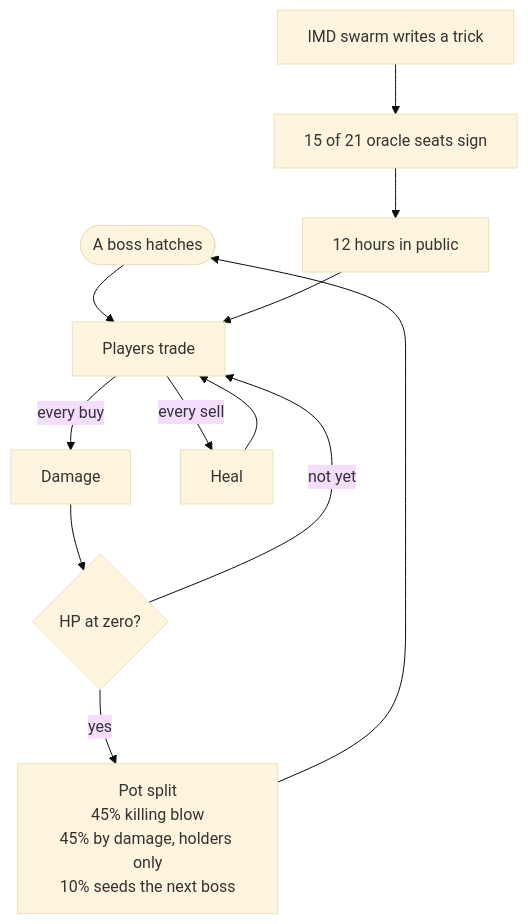
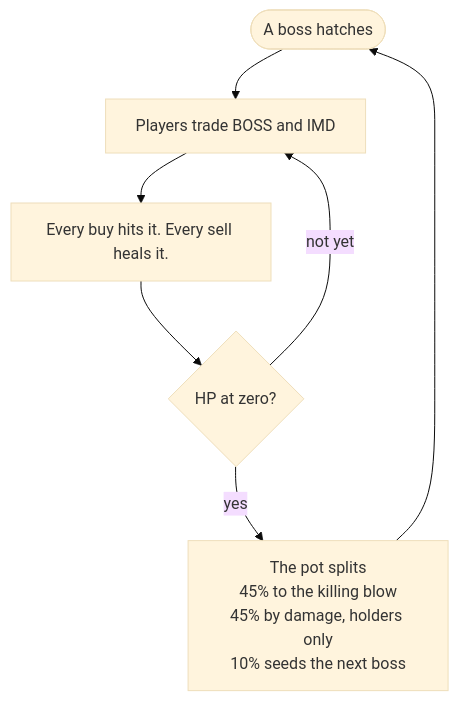
One commit to HitTheBossApp/boss changed the first of 3 diagrams in README.md. Above: the diagram before and after it, drawn with Mermaid (base theme). The commit also changed other lines of this file, not shown here.

Commit message:
README: simpler life-of-a-boss diagram in one column; the trick flow stays in its own diagram

````diff
--- a/README.md
+++ b/README.md
@@ -73,14 +73,9 @@
 ```mermaid
 flowchart TD
-    H([A boss hatches]) --> F[Players trade]
-    F -->|every buy| D[Damage]
-    F -->|every sell| L[Heal]
-    L --> F
-    D --> Q{HP at zero?}
-    Q -- not yet --> F
-    Q -- yes --> K[Pot split<br/>45% killing blow<br/>45% by damage, holders only<br/>10% seeds the next boss]
-    K --> H
-    S[IMD swarm writes a trick] --> O[15 of 21 oracle seats sign]
-    O --> W[12 hours in public]
-    W --> F
+    A([A boss hatches]) --> B[Players trade BOSS and IMD]
+    B --> C[Every buy hits it. Every sell heals it.]
+    C --> D{HP at zero?}
+    D -- not yet --> B
+    D -- yes --> E[The pot splits<br/>45% to the killing blow<br/>45% by damage, holders only<br/>10% seeds the next boss]
+    E --> A
 ```
````
